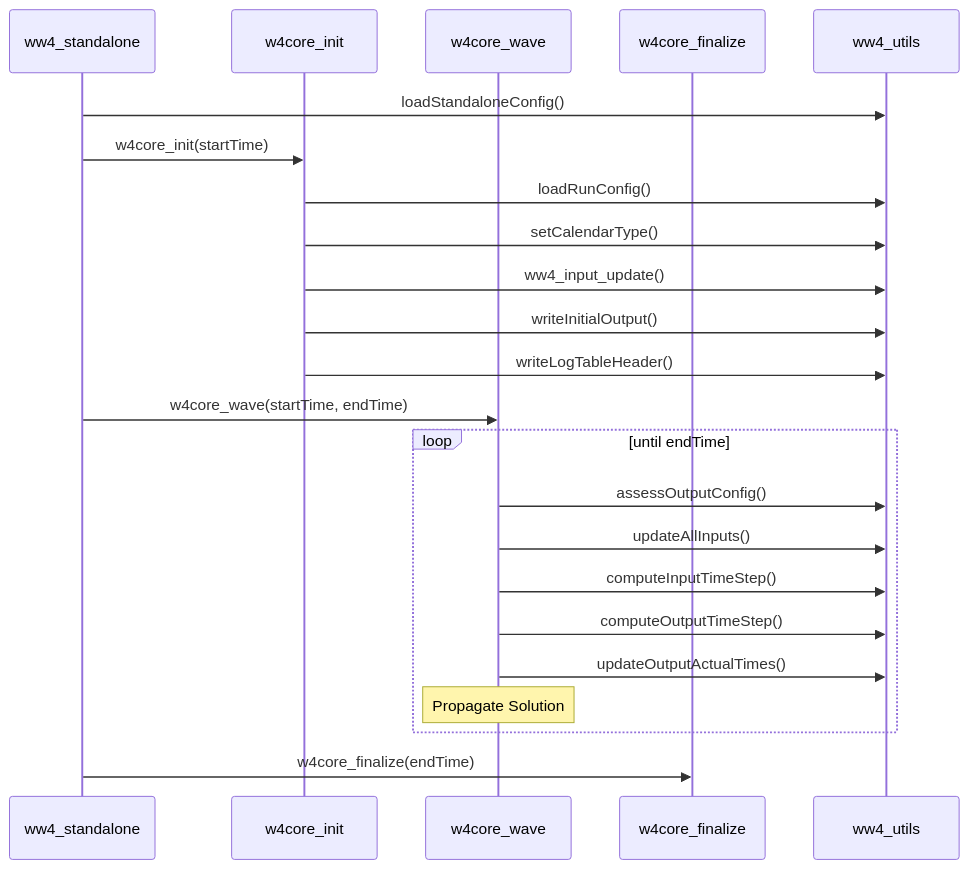
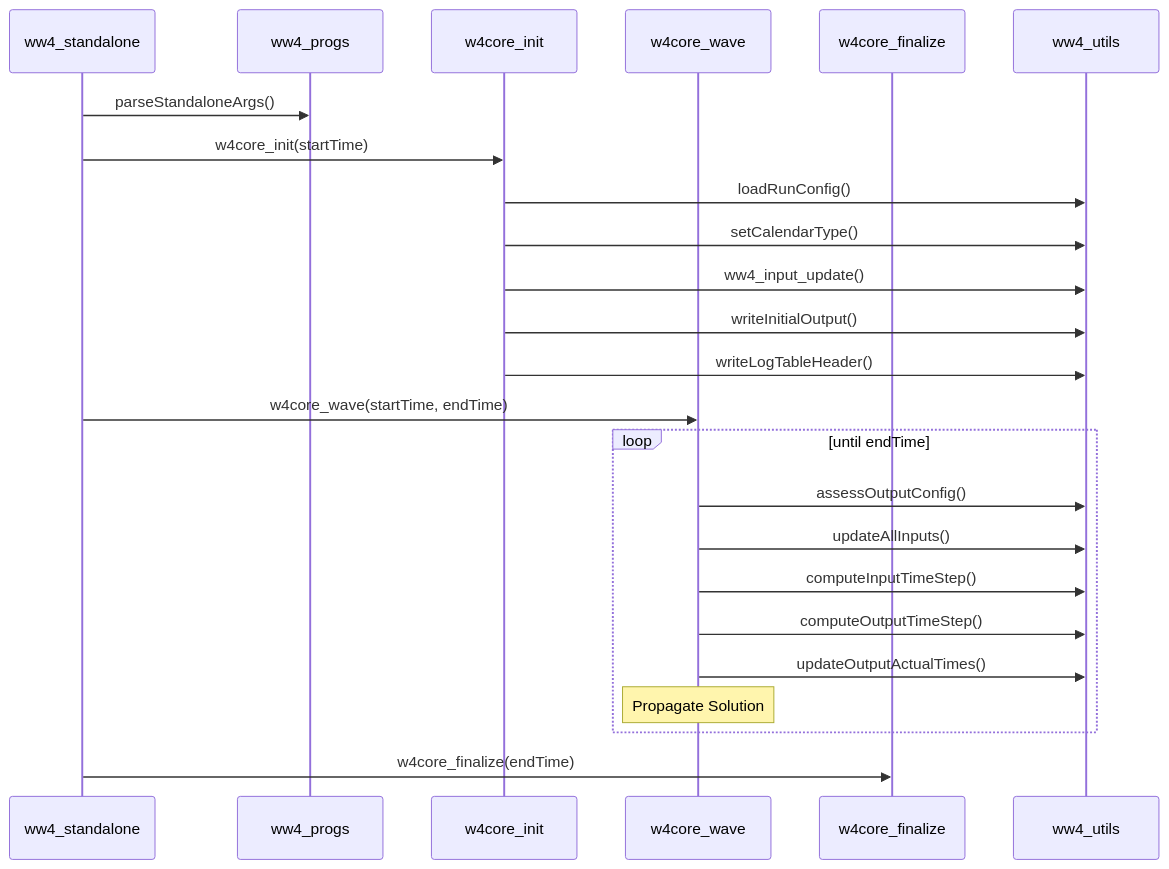
Before and after one commit to HendrikTolman-NOAA/WW4_HLT: the second of 3 diagrams in ARCHITECTURE.md, drawn with Mermaid. The commit also changed 14 other files, not shown here.

First line of the commit message:
Update ww4_standalone to read start and end times from CLI args

````diff
--- a/ARCHITECTURE.md
+++ b/ARCHITECTURE.md
@@ -58,28 +58,29 @@
 ```mermaid
 sequenceDiagram
     participant SA as ww4_standalone
+    participant PROGS as ww4_progs
     participant INIT as w4core_init
     participant WAVE as w4core_wave
     participant FINL as w4core_finalize
     participant UTILS as ww4_utils
 
-    SA->>UTILS: loadStandaloneConfig()
+    SA->>PROGS: parseStandaloneArgs()
     SA->>INIT: w4core_init(startTime)
     INIT->>UTILS: loadRunConfig()
     INIT->>UTILS: setCalendarType()
     INIT->>UTILS: ww4_input_update()
     INIT->>UTILS: writeInitialOutput()
     INIT->>UTILS: writeLogTableHeader()
 
     SA->>WAVE: w4core_wave(startTime, endTime)
     loop until endTime
         WAVE->>UTILS: assessOutputConfig()
         WAVE->>UTILS: updateAllInputs()
         WAVE->>UTILS: computeInputTimeStep()
         WAVE->>UTILS: computeOutputTimeStep()
         WAVE->>UTILS: updateOutputActualTimes()
         Note over WAVE: Propagate Solution
     end
 
     SA->>FINL: w4core_finalize(endTime)
 ```
````
